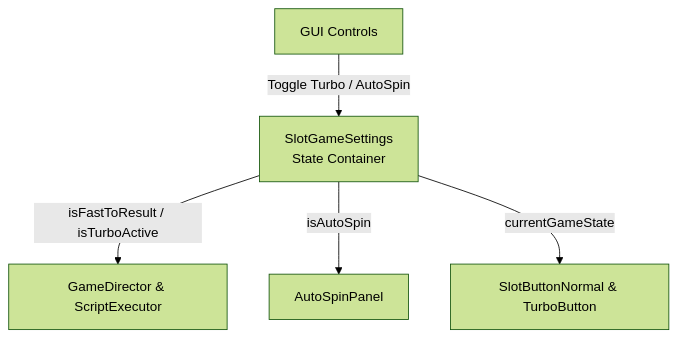
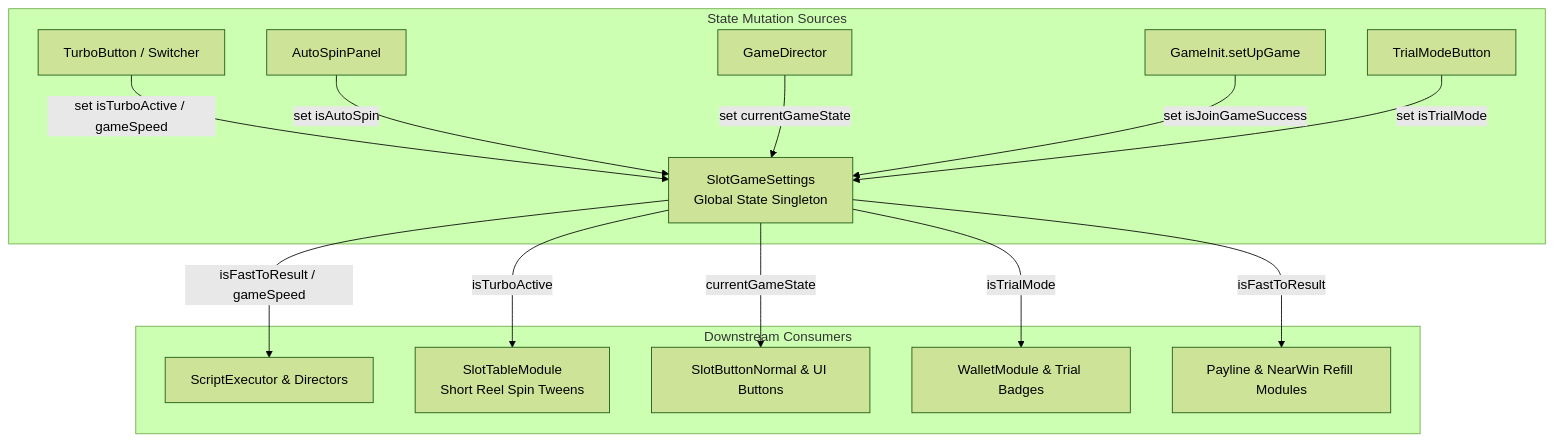
One commit to lam-ark/mcp-fwcc changed the diagram in docs/cc_slot_module/modules/SlotGameSettings/01_overview/01_architecture_and_role.md. Above: the diagram before and after it, drawn with Mermaid (forest theme). The commit also changed other lines of this file and 6 other files, not shown here.

Commit message:
docs(SlotGameSettings): enrich with comprehensive properties, FTR gotcha, and SpeedDecorator recipe

````diff
--- a/docs/cc_slot_module/modules/SlotGameSettings/01_overview/01_architecture_and_role.md
+++ b/docs/cc_slot_module/modules/SlotGameSettings/01_overview/01_architecture_and_role.md
@@ -16,8 +16,20 @@
 ```mermaid
 graph TD
-    UI[GUI Controls] -->|Toggle Turbo / AutoSpin| SGS[SlotGameSettings<br/>State Container]
-    
-    SGS -->|isFastToResult / isTurboActive| Director[GameDirector & ScriptExecutor]
-    SGS -->|isAutoSpin| AutoPanel[AutoSpinPanel]
-    SGS -->|currentGameState| ButtonState[SlotButtonNormal & TurboButton]
+    SGS[SlotGameSettings<br/>Global State Singleton]
+
+    subgraph State Mutation Sources
+        TurboBtn[TurboButton / Switcher] -->|set isTurboActive / gameSpeed| SGS
+        AutoPanel[AutoSpinPanel] -->|set isAutoSpin| SGS
+        Director[GameDirector] -->|set currentGameState| SGS
+        NetInit[GameInit.setUpGame] -->|set isJoinGameSuccess| SGS
+        TrialBtn[TrialModeButton] -->|set isTrialMode| SGS
+    end
+
+    subgraph Downstream Consumers
+        SGS -->|isFastToResult / gameSpeed| ScriptExec[ScriptExecutor & Directors]
+        SGS -->|isTurboActive| TableModule[SlotTableModule<br/>Short Reel Spin Tweens]
+        SGS -->|currentGameState| SpinButton[SlotButtonNormal & UI Buttons]
+        SGS -->|isTrialMode| Wallet[WalletModule & Trial Badges]
+        SGS -->|isFastToResult| FX[Payline & NearWin Refill Modules]
+    end
 ```
````
